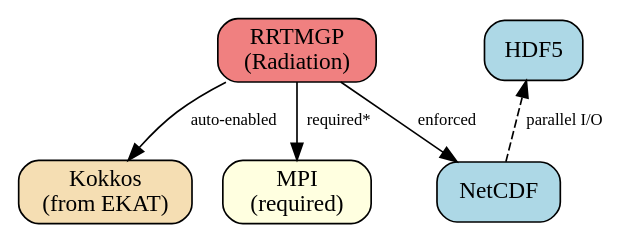
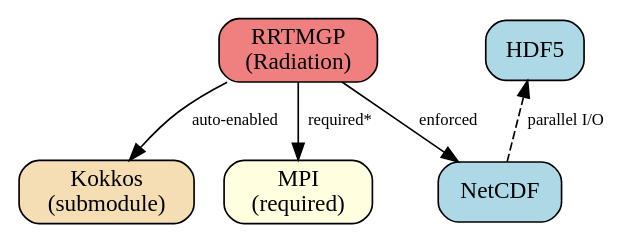
Before and after one commit to erf-model/ERF: the diagram in Docs/sphinx_doc/buildingOverview.rst, drawn with Graphviz. The commit also changed other lines of this file and 35 other files, not shown here.

First line of the commit message:
Replace EKAT with a direct Kokkos dependency (#5382)

```diff
--- a/Docs/sphinx_doc/buildingOverview.rst
+++ b/Docs/sphinx_doc/buildingOverview.rst
@@ -32,30 +32,30 @@
 .. graphviz::
    :align: center
    :caption: Physics Package Dependencies
 
    digraph physics_deps {
        rankdir=TB;
        node [shape=box, style="rounded,filled"];
        edge [fontsize=10];
 
        // Physics packages
        RRTMGP [label="RRTMGP\n(Radiation)", fillcolor=lightcoral];
 
        // Dependencies
        NetCDF [fillcolor=lightblue];
        HDF5 [label="HDF5", fillcolor=lightblue];
-       Kokkos [label="Kokkos\n(from EKAT)", fillcolor=wheat];
+       Kokkos [label="Kokkos\n(submodule)", fillcolor=wheat];
        MPI [label="MPI\n(required)", fillcolor=lightyellow];
 
        // Dependency arrows
        RRTMGP -> NetCDF [label="enforced"];
        RRTMGP -> Kokkos [label="auto-enabled"];
        RRTMGP -> MPI [label="required*"];
 
        NetCDF -> HDF5 [style=dashed, label="parallel I/O"];
 
        // Layout
        {rank=same; RRTMGP}
        {rank=same; NetCDF Kokkos MPI}
        {rank=min; HDF5}
    }
```
